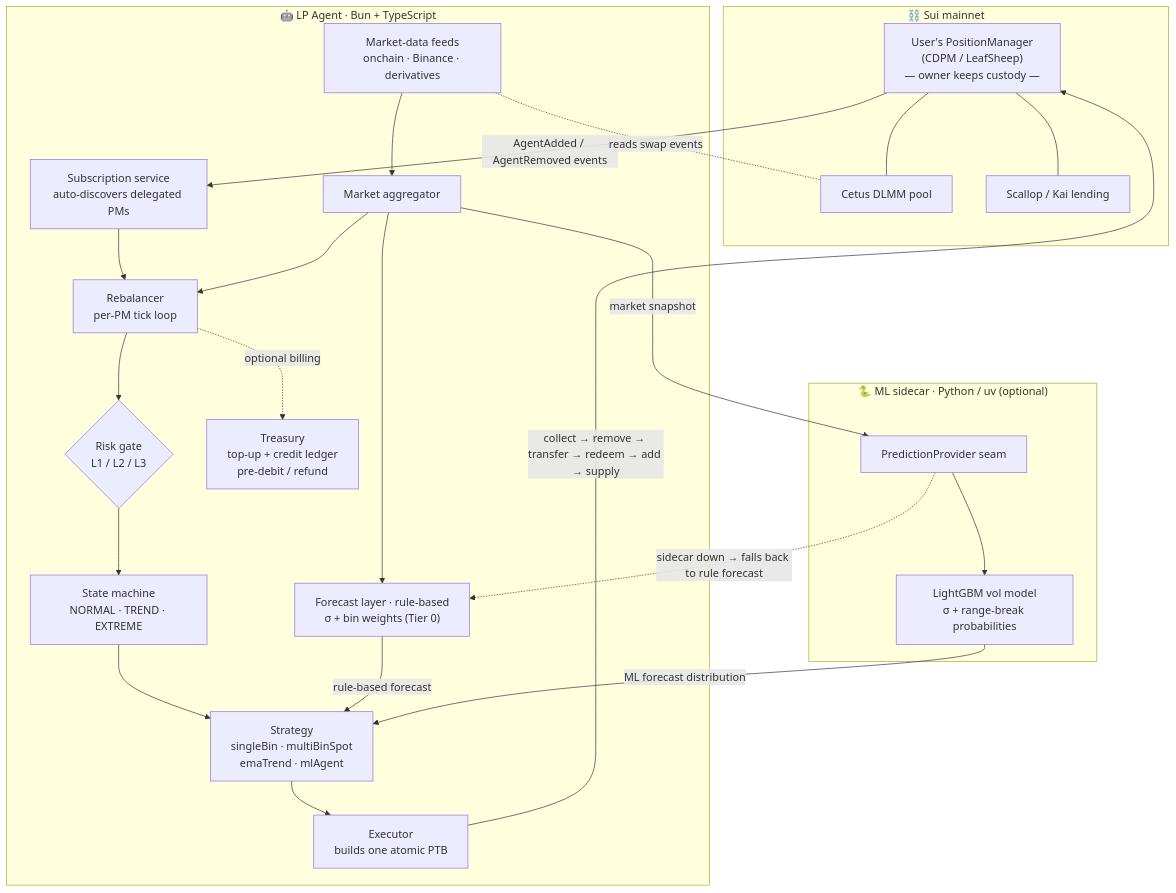
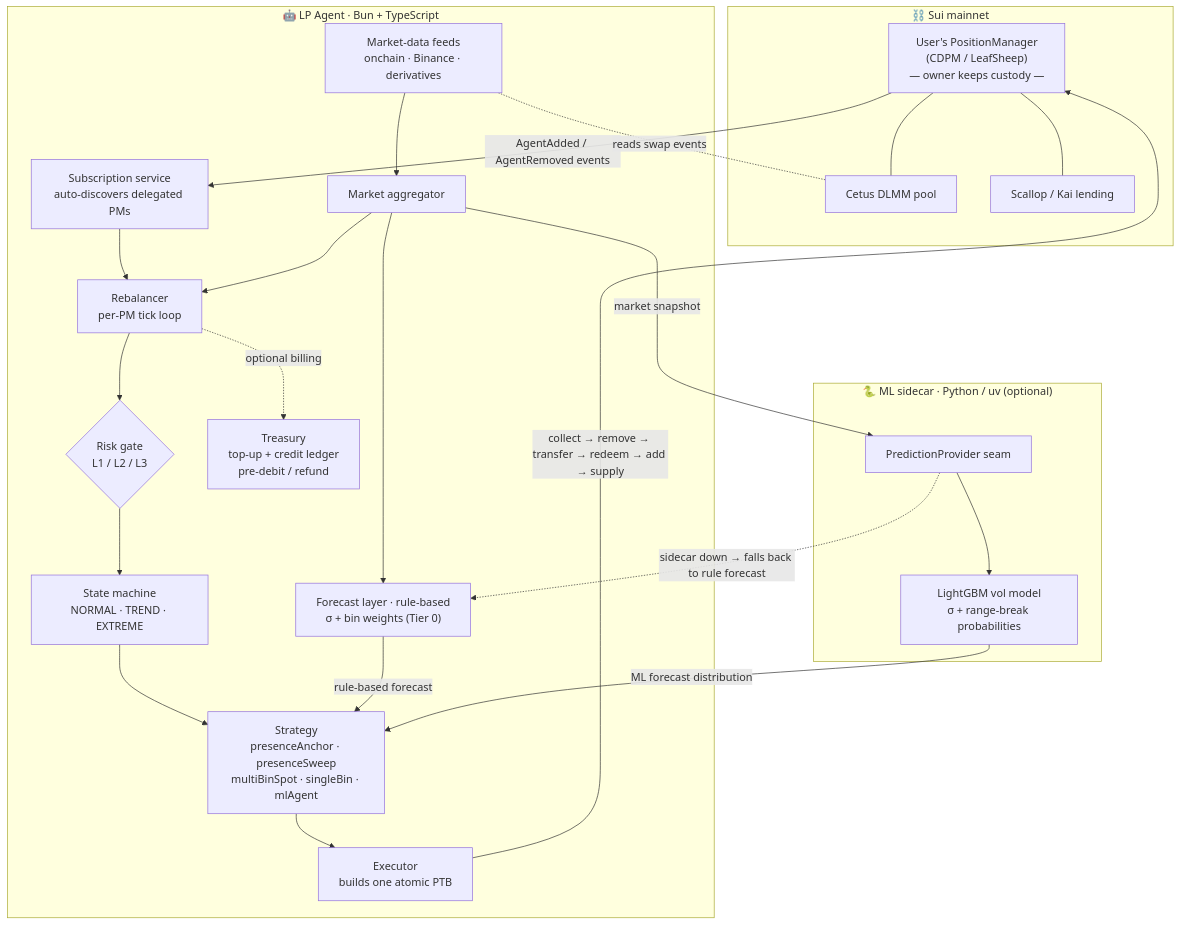
Before and after one commit to RandyPen/lp-agent: the diagram in README.md, drawn with Mermaid. The commit also changed other lines of this file and 1 other file, not shown here.

First line of the commit message:
docs: strategy lineup reflects evidence — presence mainline, emaTrend reference-only

````diff
--- a/README.md
+++ b/README.md
@@ -32,36 +36,36 @@
 ```mermaid
 flowchart TB
     subgraph chain["⛓️ Sui mainnet"]
         PM["User's PositionManager<br/>(CDPM / LeafSheep)<br/>— owner keeps custody —"]
         POOL["Cetus DLMM pool"]
         LEND["Scallop / Kai lending"]
     end
 
     PM -- "AgentAdded / AgentRemoved events" --> SUB
 
     subgraph agent["🤖 LP Agent · Bun + TypeScript"]
         SUB["Subscription service<br/>auto-discovers delegated PMs"] --> REB["Rebalancer<br/>per-PM tick loop"]
         FEEDS["Market-data feeds<br/>onchain · Binance · derivatives"] --> AGG["Market aggregator"]
         AGG --> REB
         REB --> RISK{"Risk gate<br/>L1 / L2 / L3"}
         RISK --> STATE["State machine<br/>NORMAL · TREND · EXTREME"]
-        STATE --> STRAT["Strategy<br/>singleBin · multiBinSpot<br/>emaTrend · mlAgent"]
+        STATE --> STRAT["Strategy<br/>presenceAnchor · presenceSweep<br/>multiBinSpot · singleBin · mlAgent"]
         AGG --> FC["Forecast layer · rule-based<br/>σ + bin weights (Tier 0)"]
         FC -- "rule-based forecast" --> STRAT
         STRAT --> EXEC["Executor<br/>builds one atomic PTB"]
         REB -. "optional billing" .-> TRE["Treasury<br/>top-up + credit ledger<br/>pre-debit / refund"]
     end
 
     subgraph ml["🐍 ML sidecar · Python / uv (optional)"]
         PRED["PredictionProvider seam"] --> LGBM["LightGBM vol model<br/>σ + range-break probabilities"]
     end
 
     AGG -- "market snapshot" --> PRED
     LGBM -- "ML forecast distribution" --> STRAT
     PRED -. "sidecar down → falls back to rule forecast" .-> FC
 
     EXEC -- "collect → remove → transfer → redeem → add → supply" --> PM
     PM --- POOL
     PM --- LEND
     FEEDS -. "reads swap events" .- POOL
 ```
````
